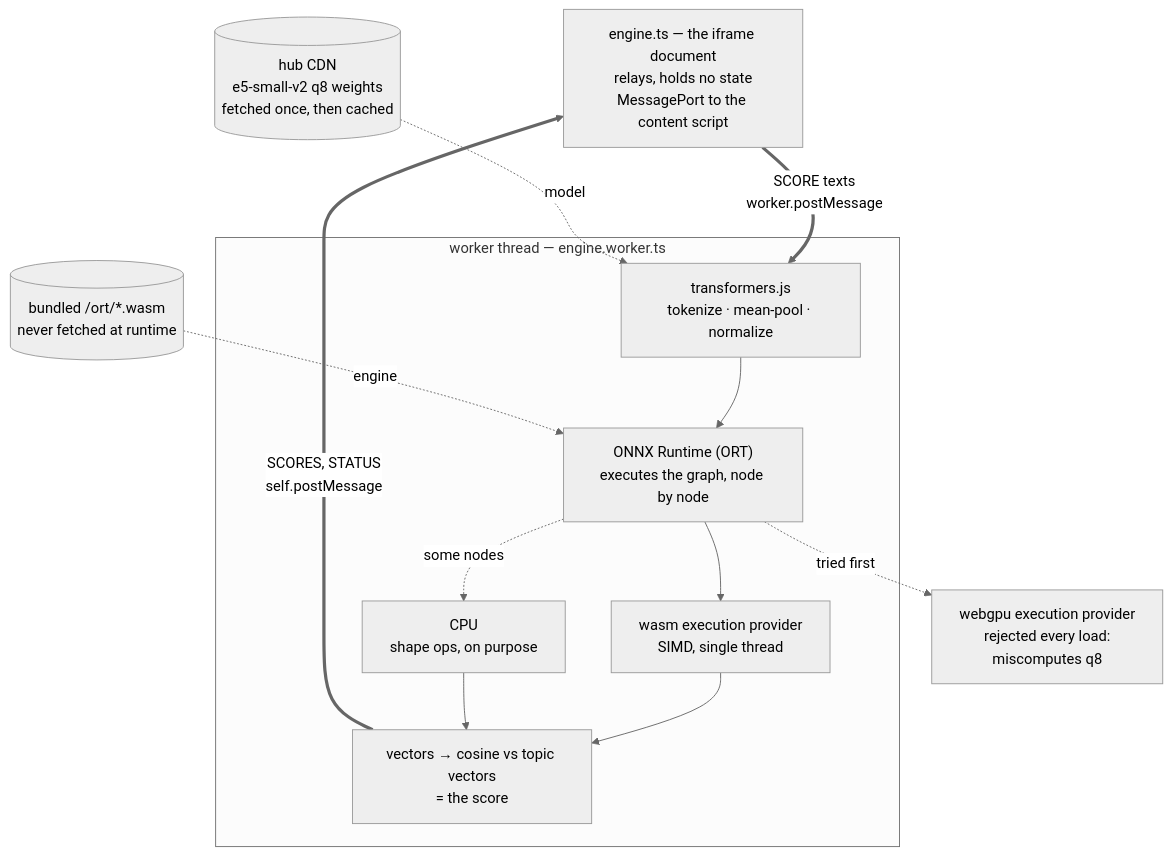
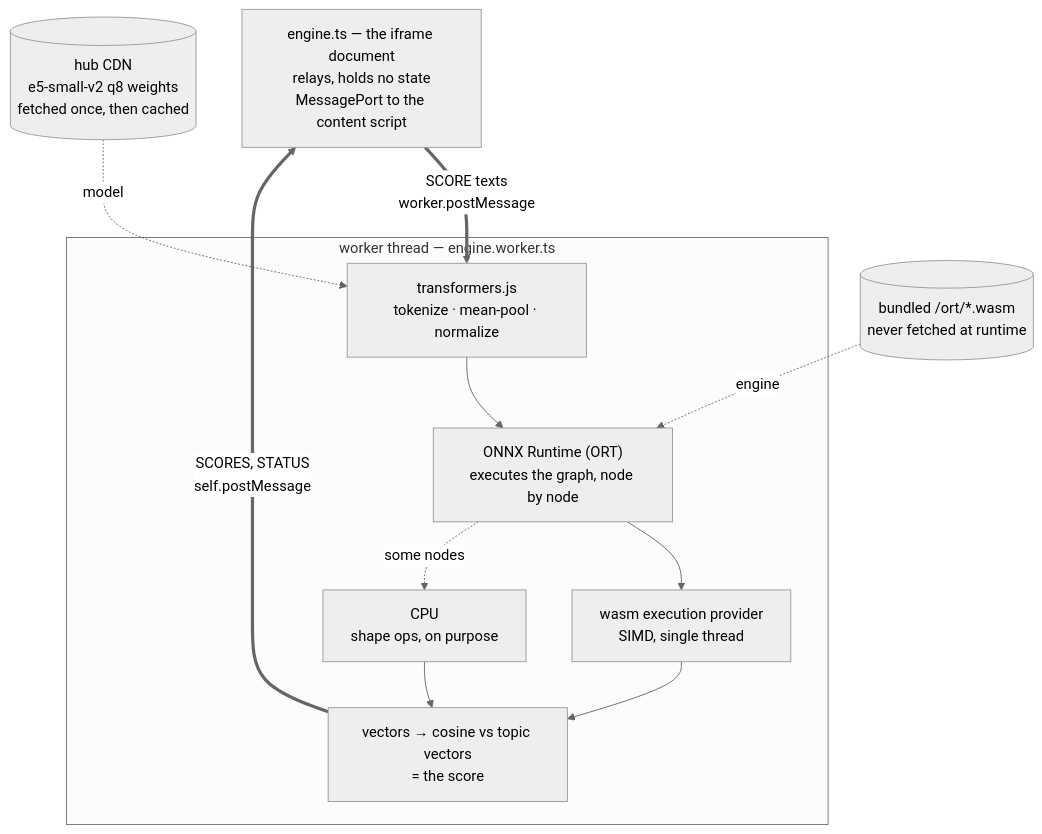
The second of 2 diagrams in docs/how-it-works.md (dephelion/ufeed), drawn with Mermaid (neutral theme) before and after one commit. The commit also changed other lines of this file and 15 other files, not shown here.

````diff
--- a/docs/how-it-works.md
+++ b/docs/how-it-works.md
@@ -116,26 +116,23 @@
 ```mermaid
 flowchart TB
   frame["engine.ts — the iframe document<br/>relays, holds no state<br/>MessagePort to the content script"]
 
   subgraph wkr["worker thread — engine.worker.ts"]
     tj["transformers.js<br/>tokenize · mean-pool · normalize"]
     ort["ONNX Runtime (ORT)<br/>executes the graph, node by node"]
     wasm["wasm execution provider<br/>SIMD, single thread"]
     cpu["CPU<br/>shape ops, on purpose"]
     out["vectors → cosine vs topic vectors<br/>= the score"]
     tj --> ort
     ort --> wasm
     ort -. "some nodes" .-> cpu
     wasm --> out
     cpu --> out
   end
 
   frame == "SCORE texts<br/>worker.postMessage" ==> tj
   out == "SCORES, STATUS<br/>self.postMessage" ==> frame
 
-  gpu["webgpu execution provider<br/>rejected every load:<br/>miscomputes q8"]
-  ort -. "tried first" .-> gpu
-
   weights[("hub CDN<br/>e5-small-v2 q8 weights<br/>fetched once, then cached")] -. "model" .-> tj
   runtime[("bundled /ort/*.wasm<br/>never fetched at runtime")] -. "engine" .-> ort
 ```
````
